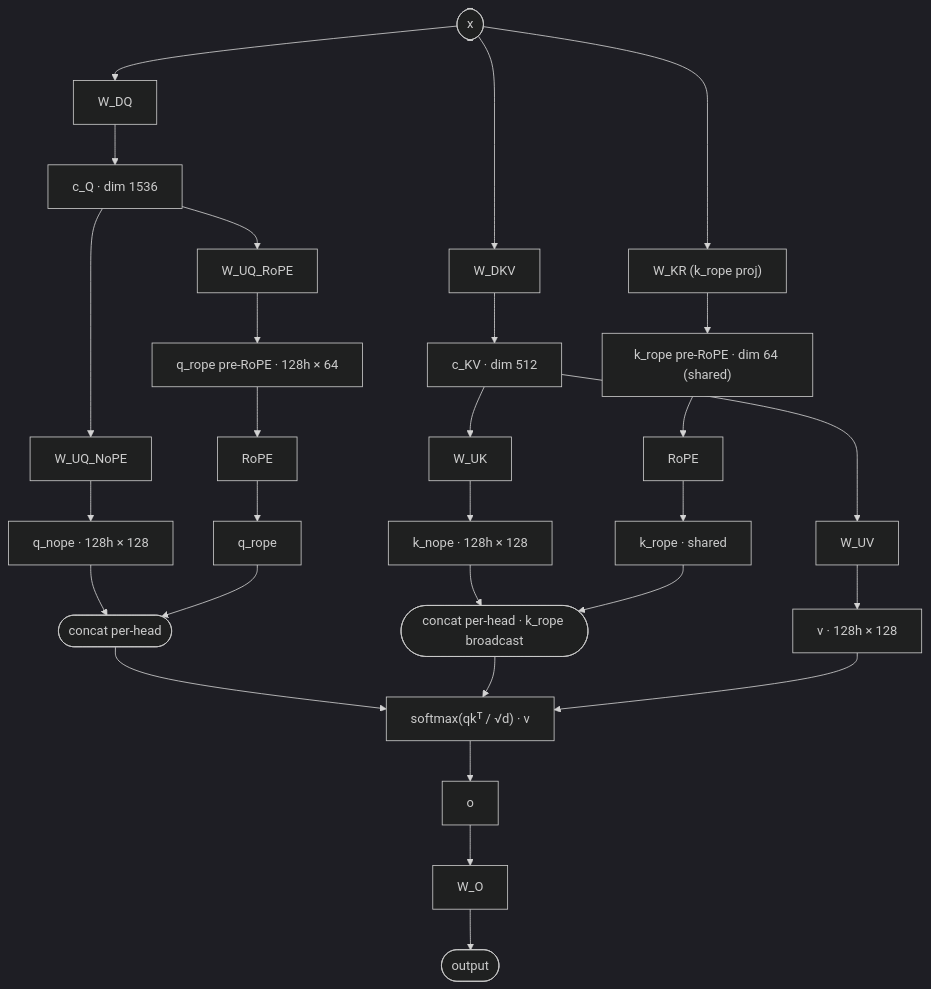
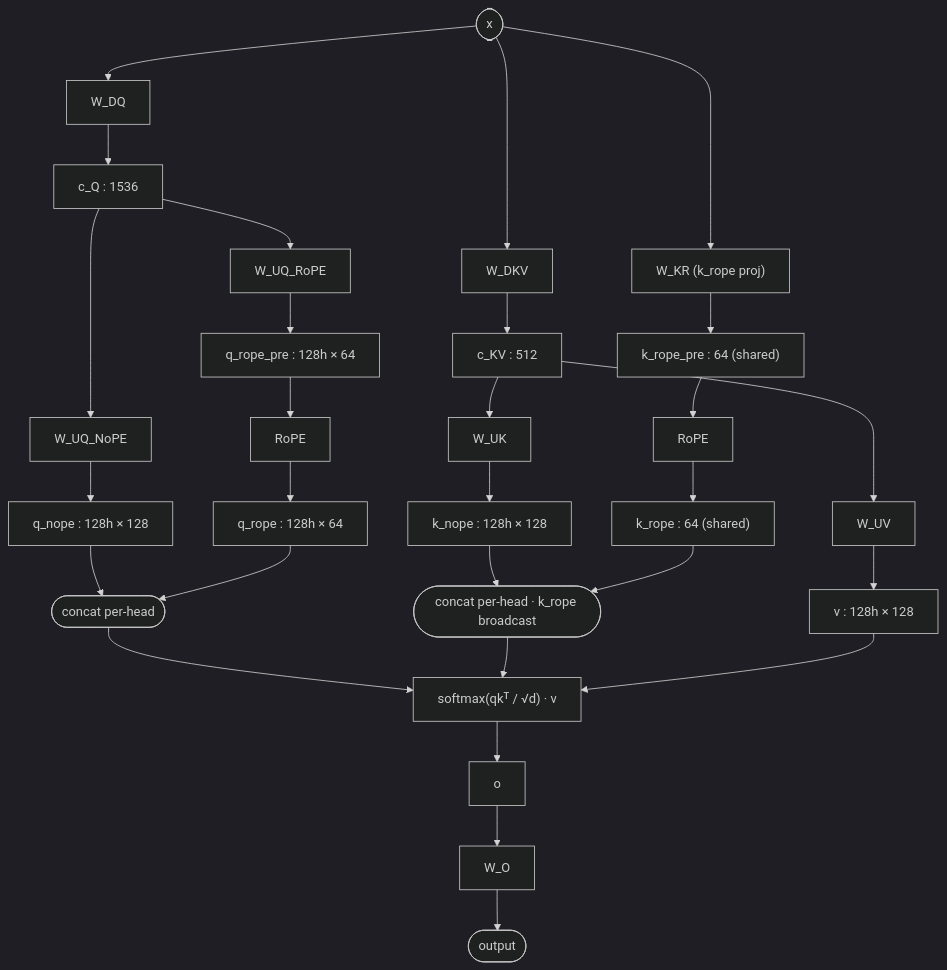
One commit to AndyKong2020/AI-Infra-Auto-Driven-SKILLS changed the diagram in skills/model-architecture-ascii/references/diagrams/deepseek-v3.2-mla.md. Above: the diagram before and after it, drawn with Mermaid (dark theme). The commit also changed 3 other files, not shown here.

First line of the commit message:
Tighten Mermaid label conventions

````diff
--- a/skills/model-architecture-ascii/references/diagrams/deepseek-v3.2-mla.md
+++ b/skills/model-architecture-ascii/references/diagrams/deepseek-v3.2-mla.md
@@ -19,41 +19,41 @@
 ```mermaid
 flowchart TD
     x([x])
 
     x --> WDQ[W_DQ]
     x --> WDKV[W_DKV]
     x --> WKR["W_KR (k_rope proj)"]
 
-    WDQ --> cQ["c_Q · dim 1536"]
-    WDKV --> cKV["c_KV · dim 512"]
-    WKR --> kr_pre["k_rope pre-RoPE · dim 64 (shared)"]
+    WDQ --> cQ["c_Q : 1536"]
+    WDKV --> cKV["c_KV : 512"]
+    WKR --> kr_pre["k_rope_pre : 64 (shared)"]
 
     cQ --> WUQ_NoPE[W_UQ_NoPE]
     cQ --> WUQ_RoPE[W_UQ_RoPE]
     cKV --> WUK[W_UK]
     cKV --> WUV[W_UV]
 
-    WUQ_NoPE --> q_nope["q_nope · 128h × 128"]
-    WUQ_RoPE --> q_rope_pre["q_rope pre-RoPE · 128h × 64"]
-    WUK --> k_nope["k_nope · 128h × 128"]
-    WUV --> v["v · 128h × 128"]
+    WUQ_NoPE --> q_nope["q_nope : 128h × 128"]
+    WUQ_RoPE --> q_rope_pre["q_rope_pre : 128h × 64"]
+    WUK --> k_nope["k_nope : 128h × 128"]
+    WUV --> v["v : 128h × 128"]
 
     q_rope_pre --> RoPE_q[RoPE]
     kr_pre --> RoPE_k[RoPE]
 
-    RoPE_q --> q_rope["q_rope"]
-    RoPE_k --> k_rope["k_rope · shared"]
+    RoPE_q --> q_rope["q_rope : 128h × 64"]
+    RoPE_k --> k_rope["k_rope : 64 (shared)"]
 
     q_nope --> q_concat([concat per-head])
     q_rope --> q_concat
     k_nope --> k_concat([concat per-head · k_rope broadcast])
     k_rope --> k_concat
 
     q_concat --> attn["softmax(qkᵀ / √d) · v"]
     k_concat --> attn
     v --> attn
 
     attn --> o[o]
     o --> WO[W_O]
     WO --> out([output])
 ```
````
